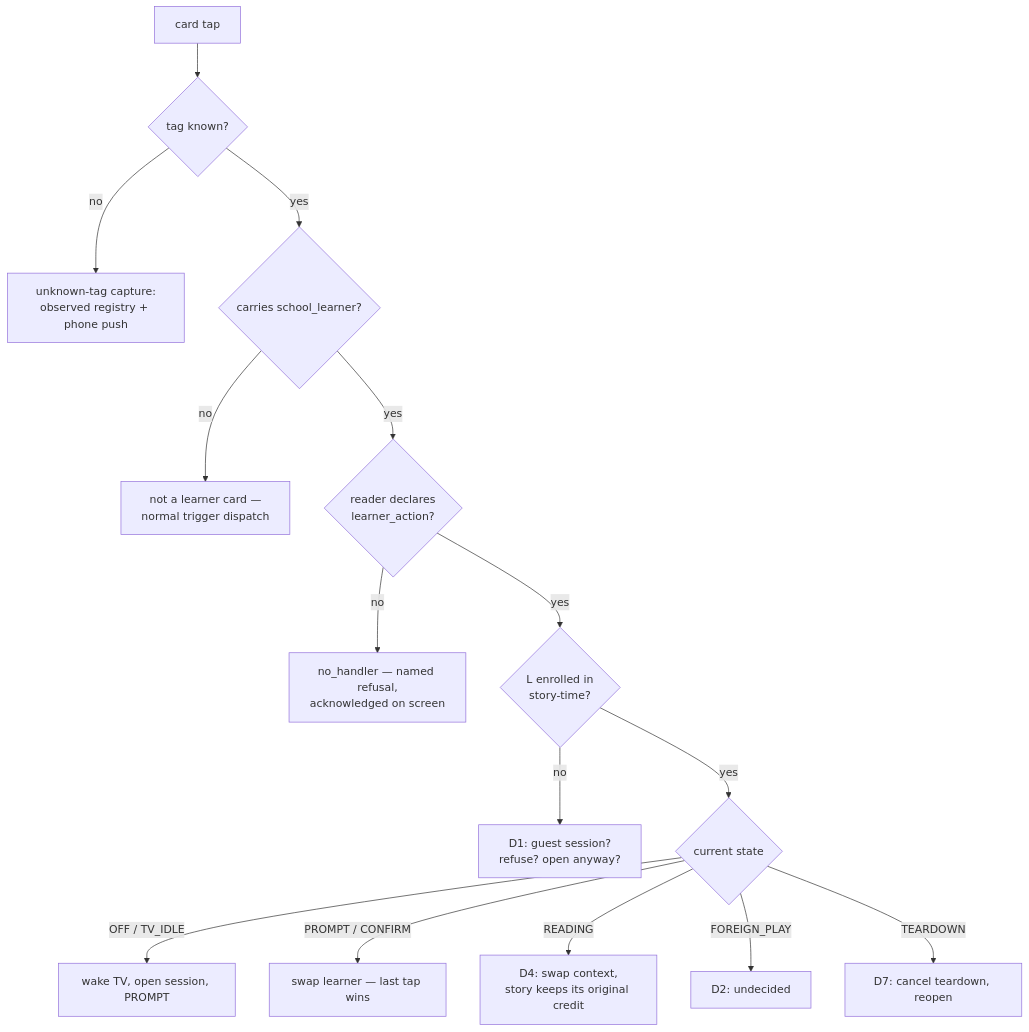
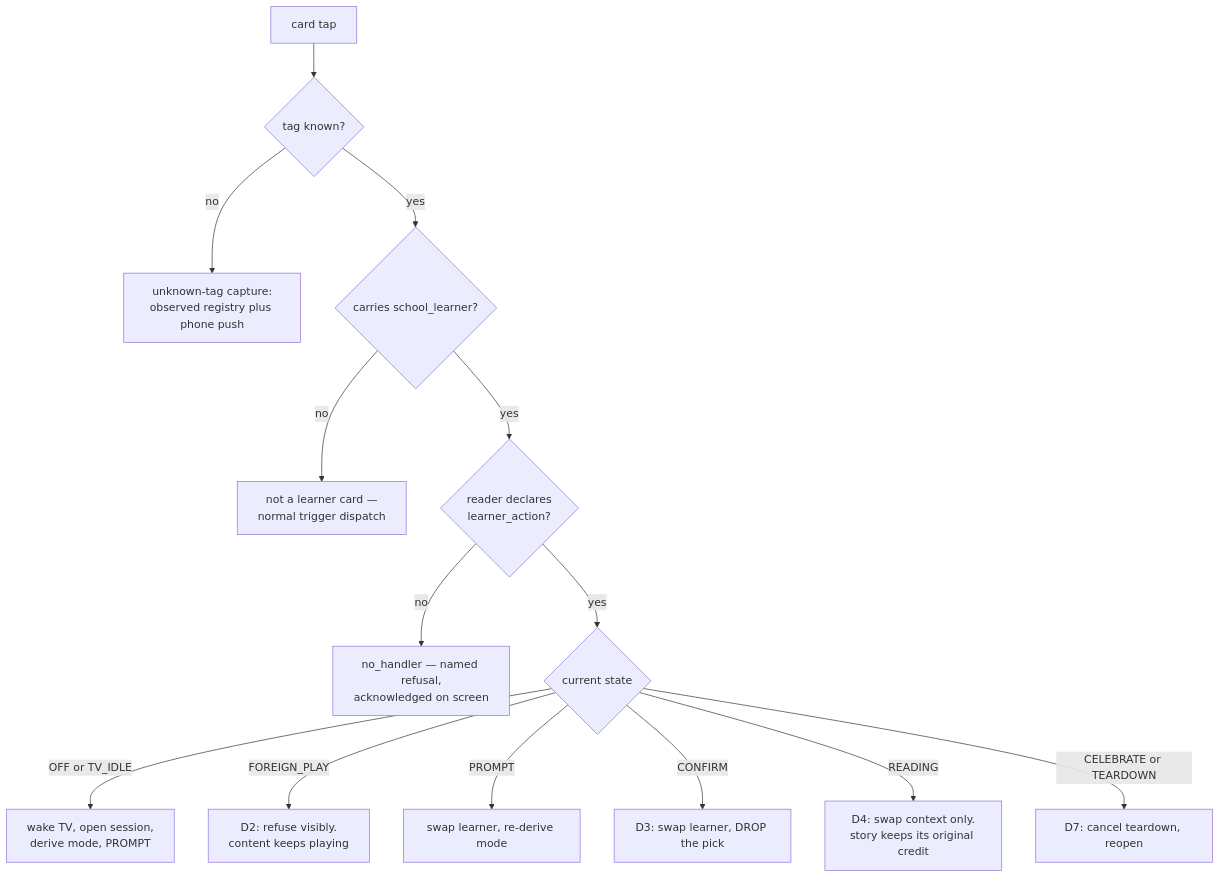
Before and after one commit to kckern/DaylightStation: the third of 4 diagrams in docs/reference/school/reading-sessions.md, drawn with Mermaid. The commit also changed other lines of this file and 1 other file, not shown here.

First line of the commit message:
docs(school): settle the reading-session state machine

````diff
--- a/docs/reference/school/reading-sessions.md
+++ b/docs/reference/school/reading-sessions.md
@@ -185,17 +210,16 @@
 ```mermaid
 flowchart TD
     A[card tap] --> B{tag known?}
-    B -->|no| B1[unknown-tag capture:<br/>observed registry + phone push]
+    B -->|no| B1[unknown-tag capture:<br/>observed registry plus phone push]
     B -->|yes| C{carries school_learner?}
     C -->|no| C1[not a learner card —<br/>normal trigger dispatch]
     C -->|yes| D{reader declares<br/>learner_action?}
     D -->|no| D1[no_handler — named refusal,<br/>acknowledged on screen]
-    D -->|yes| E{L enrolled in<br/>story-time?}
-    E -->|no| E1[D1: guest session?<br/>refuse? open anyway?]
-    E -->|yes| F{current state}
-    F -->|OFF / TV_IDLE| G[wake TV, open session, PROMPT]
-    F -->|PROMPT / CONFIRM| H[swap learner — last tap wins]
-    F -->|READING| I[D4: swap context,<br/>story keeps its original credit]
-    F -->|FOREIGN_PLAY| J[D2: undecided]
-    F -->|TEARDOWN| K[D7: cancel teardown, reopen]
+    D -->|yes| E{current state}
+    E -->|OFF or TV_IDLE| F[wake TV, open session,<br/>derive mode, PROMPT]
+    E -->|FOREIGN_PLAY| G[D2: refuse visibly.<br/>content keeps playing]
+    E -->|PROMPT| H[swap learner, re-derive mode]
+    E -->|CONFIRM| I[D3: swap learner, DROP the pick]
+    E -->|READING| J[D4: swap context only.<br/>story keeps its original credit]
+    E -->|CELEBRATE or TEARDOWN| K[D7: cancel teardown, reopen]
 ```
````
